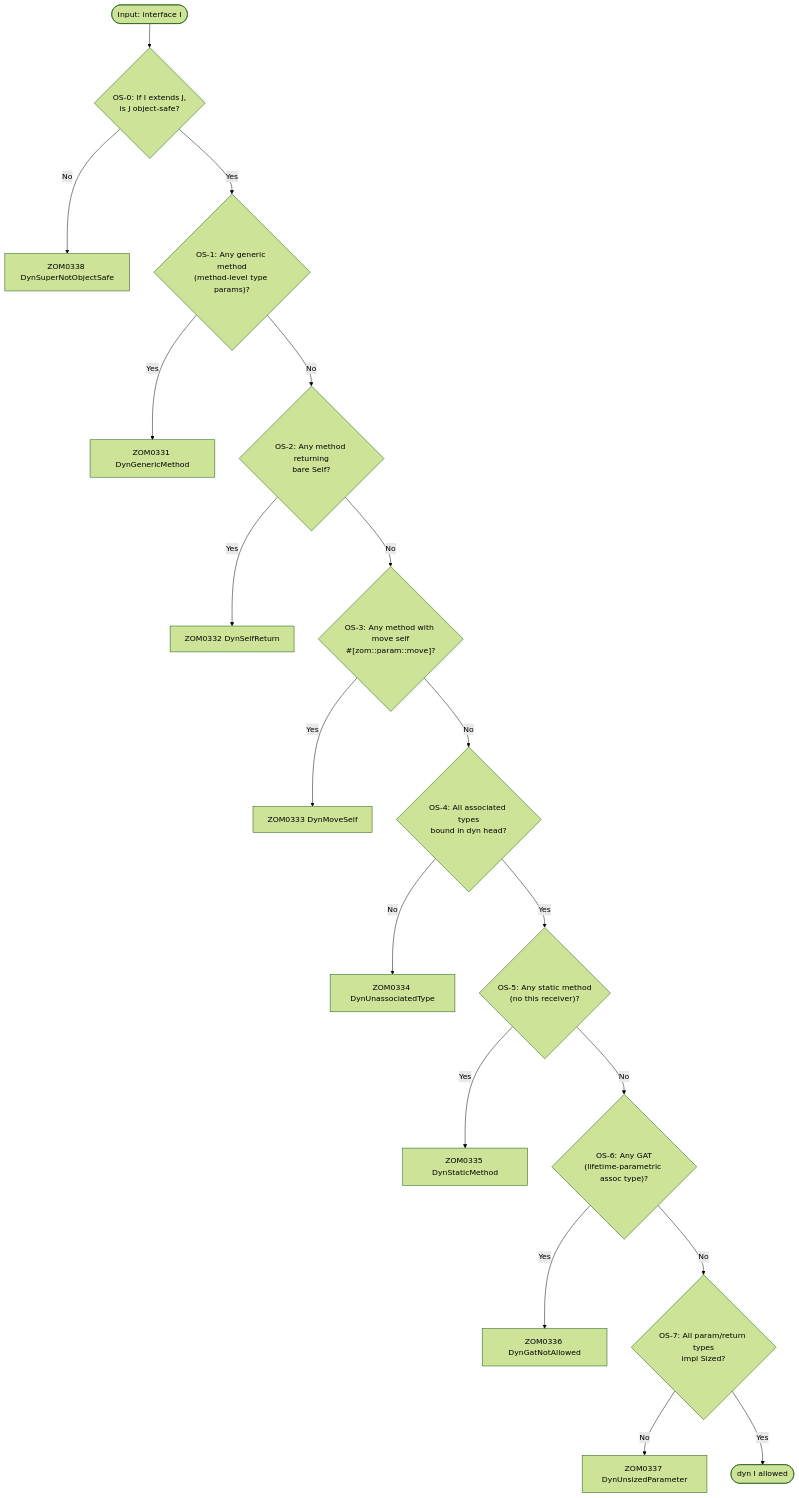
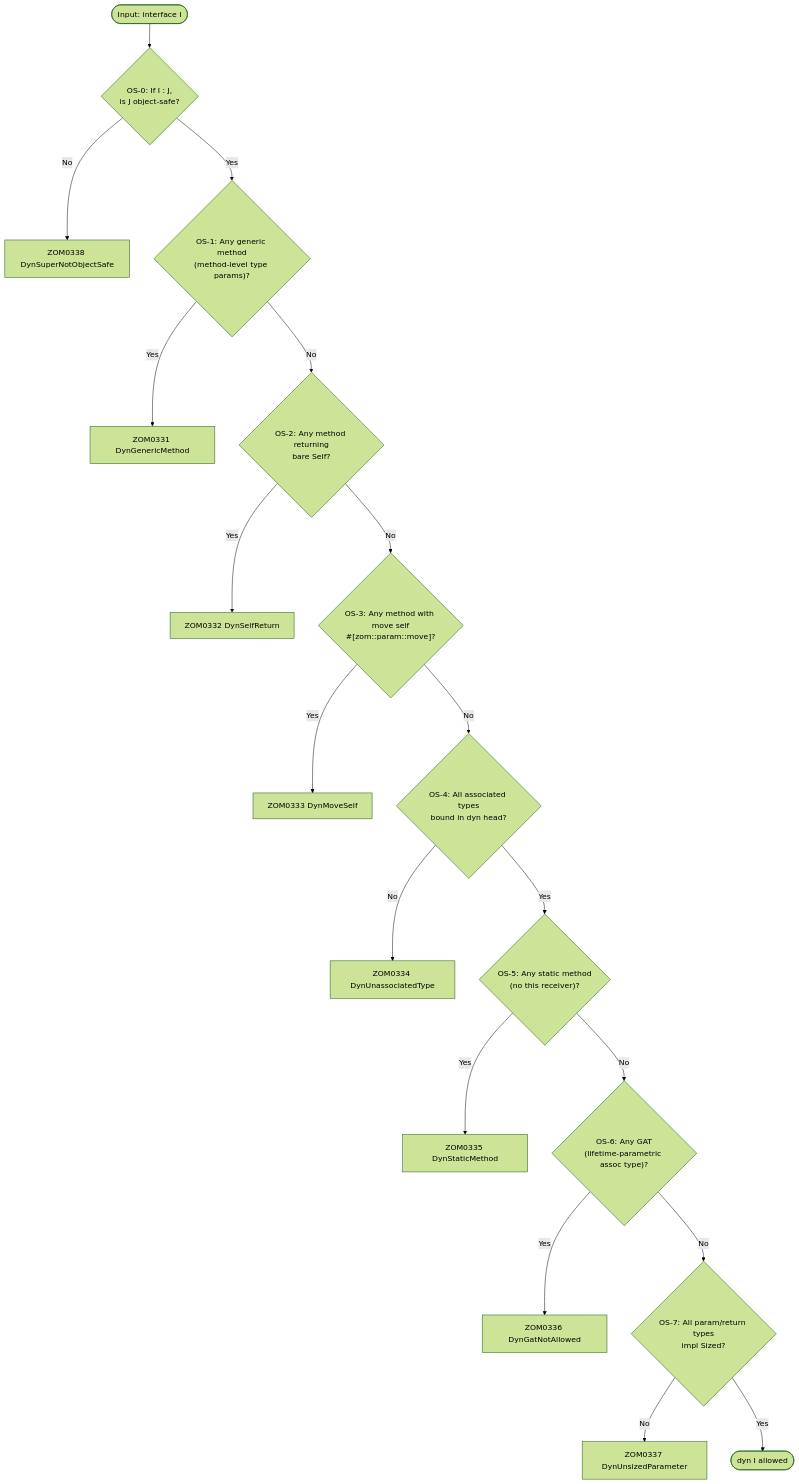
The second of 2 diagrams in docs/spec/chapters/09-interfaces.md (Zzzode/ZOM), drawn with Mermaid (forest theme) before and after one commit. The commit also changed other lines of this file and 70 other files, not shown here.

````diff
--- a/docs/spec/chapters/09-interfaces.md
+++ b/docs/spec/chapters/09-interfaces.md
@@ -334,20 +334,20 @@
 ```mermaid
 flowchart TD
-    Start([Input: interface I]) --> OS0{"OS-0: If I extends J,<br/>is J object-safe?"}
+    Start([Input: interface I]) --> OS0{"OS-0: If I : J,<br/>is J object-safe?"}
     OS0 -->|No| E0[ZOM0338 DynSuperNotObjectSafe]
     OS0 -->|Yes| OS1{"OS-1: Any generic method<br/>(method-level type params)?"}
     OS1 -->|Yes| E1[ZOM0331 DynGenericMethod]
     OS1 -->|No| OS2{"OS-2: Any method returning<br/>bare Self?"}
     OS2 -->|Yes| E2[ZOM0332 DynSelfReturn]
     OS2 -->|No| OS3{"OS-3: Any method with move self<br/>#[zom::param::move]?"}
     OS3 -->|Yes| E3[ZOM0333 DynMoveSelf]
     OS3 -->|No| OS4{"OS-4: All associated types<br/>bound in dyn head?"}
     OS4 -->|No| E4[ZOM0334 DynUnassociatedType]
     OS4 -->|Yes| OS5{"OS-5: Any static method<br/>(no this receiver)?"}
     OS5 -->|Yes| E5[ZOM0335 DynStaticMethod]
     OS5 -->|No| OS6{"OS-6: Any GAT<br/>(lifetime-parametric assoc type)?"}
     OS6 -->|Yes| E6[ZOM0336 DynGatNotAllowed]
     OS6 -->|No| OS7{"OS-7: All param/return types<br/>impl Sized?"}
     OS7 -->|No| E7[ZOM0337 DynUnsizedParameter]
     OS7 -->|Yes| OK([dyn I allowed])
 ```
````
